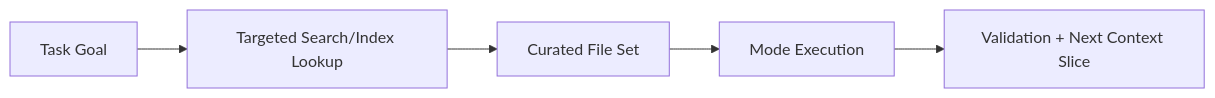
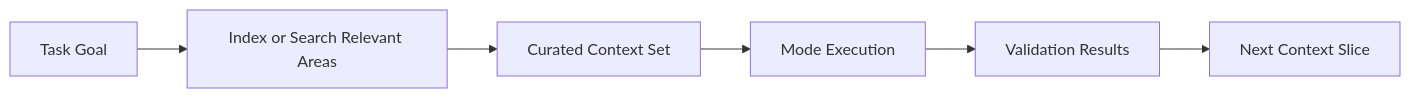
Before and after one commit to johnxie/awesome-code-docs: the diagram in tutorials/roo-code-tutorial/04-context-and-indexing.md, drawn with Mermaid. The commit also changed other lines of this file and 13 other files, not shown here.

````diff
--- a/tutorials/roo-code-tutorial/04-context-and-indexing.md
+++ b/tutorials/roo-code-tutorial/04-context-and-indexing.md
@@ -20,7 +20,8 @@
 ```mermaid
-graph LR
-    A[Task Goal] --> B[Targeted Search/Index Lookup]
-    B --> C[Curated File Set]
+flowchart LR
+    A[Task Goal] --> B[Index or Search Relevant Areas]
+    B --> C[Curated Context Set]
     C --> D[Mode Execution]
-    D --> E[Validation + Next Context Slice]
+    D --> E[Validation Results]
+    E --> F[Next Context Slice]
 ```
````
